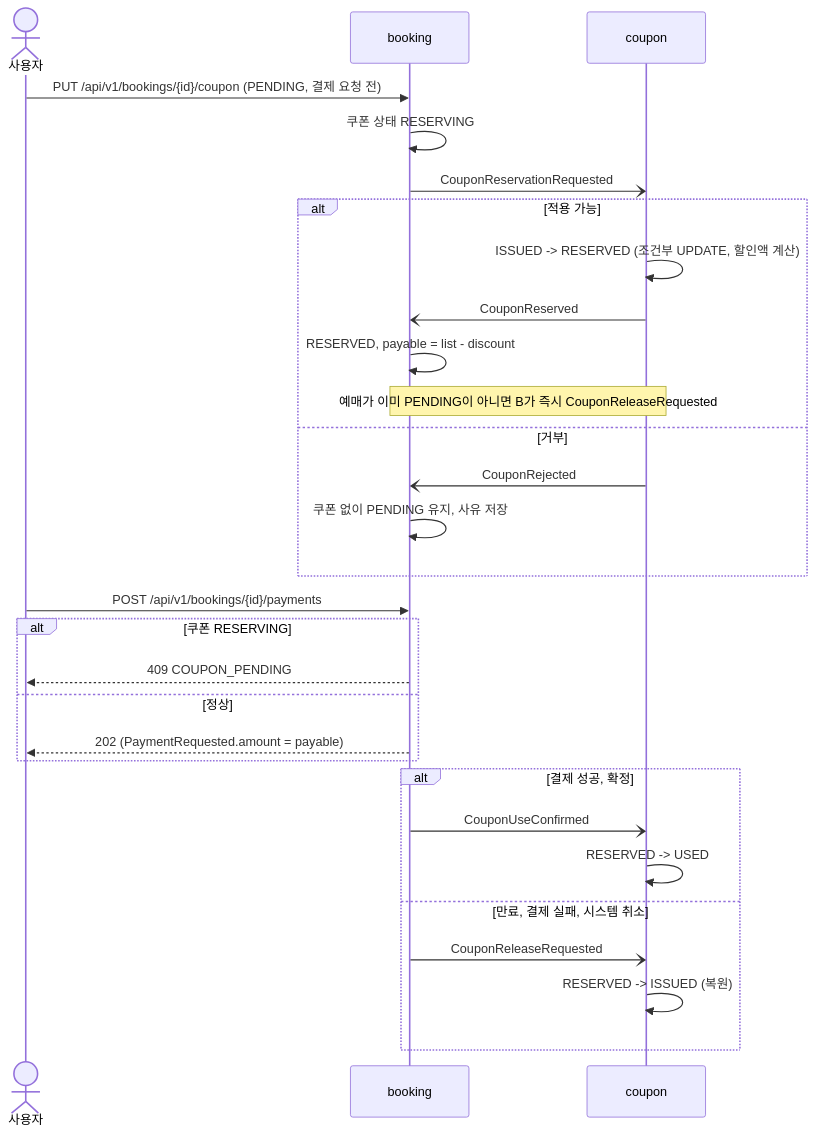
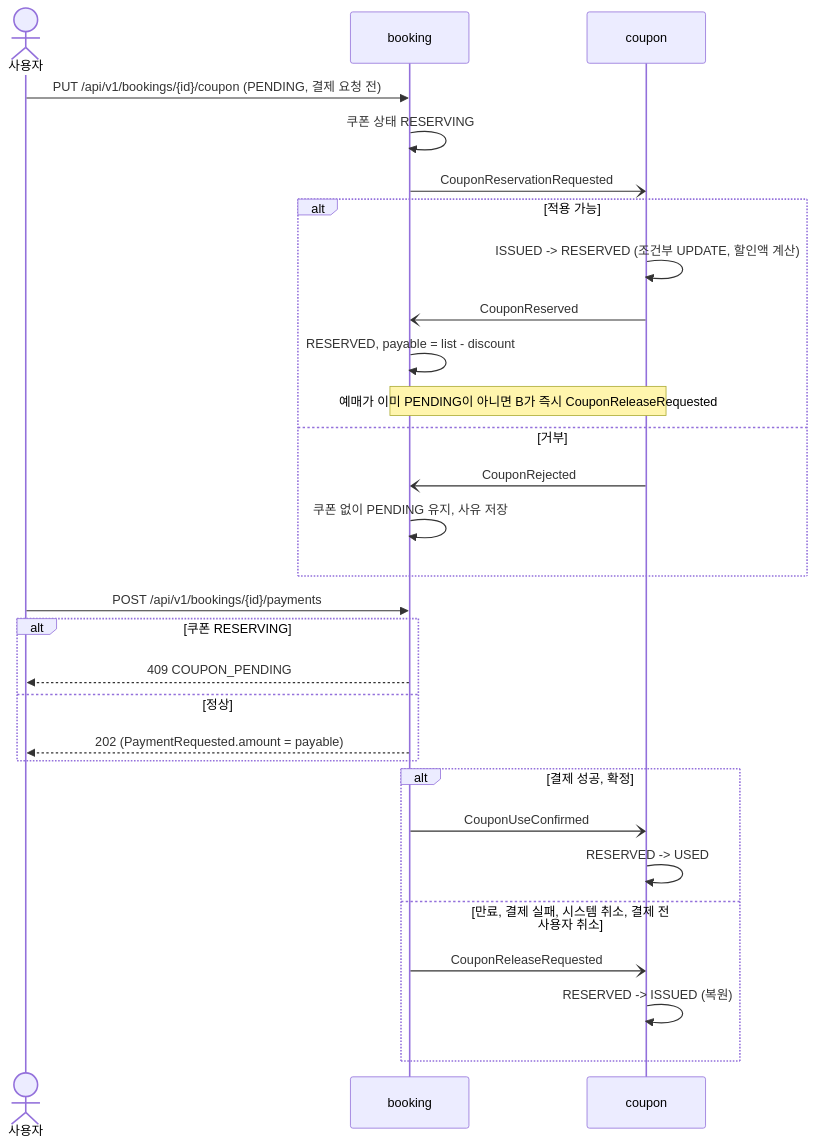
Before and after one commit to jkonury/ticketing: the second of 3 diagrams in docs/architecture/flows.md, drawn with Mermaid. The commit also changed other lines of this file and 2 other files, not shown here.

````diff
--- a/docs/architecture/flows.md
+++ b/docs/architecture/flows.md
@@ -154,34 +154,34 @@
 ```mermaid
 sequenceDiagram
     actor U as 사용자
     participant B as booking
     participant C as coupon
 
     U->>B: PUT /api/v1/bookings/{id}/coupon (PENDING, 결제 요청 전)
     B->>B: 쿠폰 상태 RESERVING
     B-)C: CouponReservationRequested
     alt 적용 가능
         C->>C: ISSUED -> RESERVED (조건부 UPDATE, 할인액 계산)
         C-)B: CouponReserved
         B->>B: RESERVED, payable = list - discount
         Note over B,C: 예매가 이미 PENDING이 아니면 B가 즉시 CouponReleaseRequested
     else 거부
         C-)B: CouponRejected
         B->>B: 쿠폰 없이 PENDING 유지, 사유 저장
     end
 
     U->>B: POST /api/v1/bookings/{id}/payments
     alt 쿠폰 RESERVING
         B-->>U: 409 COUPON_PENDING
     else 정상
         B-->>U: 202 (PaymentRequested.amount = payable)
     end
 
     alt 결제 성공, 확정
         B-)C: CouponUseConfirmed
         C->>C: RESERVED -> USED
-    else 만료, 결제 실패, 시스템 취소
+    else 만료, 결제 실패, 시스템 취소, 결제 전 사용자 취소
         B-)C: CouponReleaseRequested
         C->>C: RESERVED -> ISSUED (복원)
     end
 ```
````
